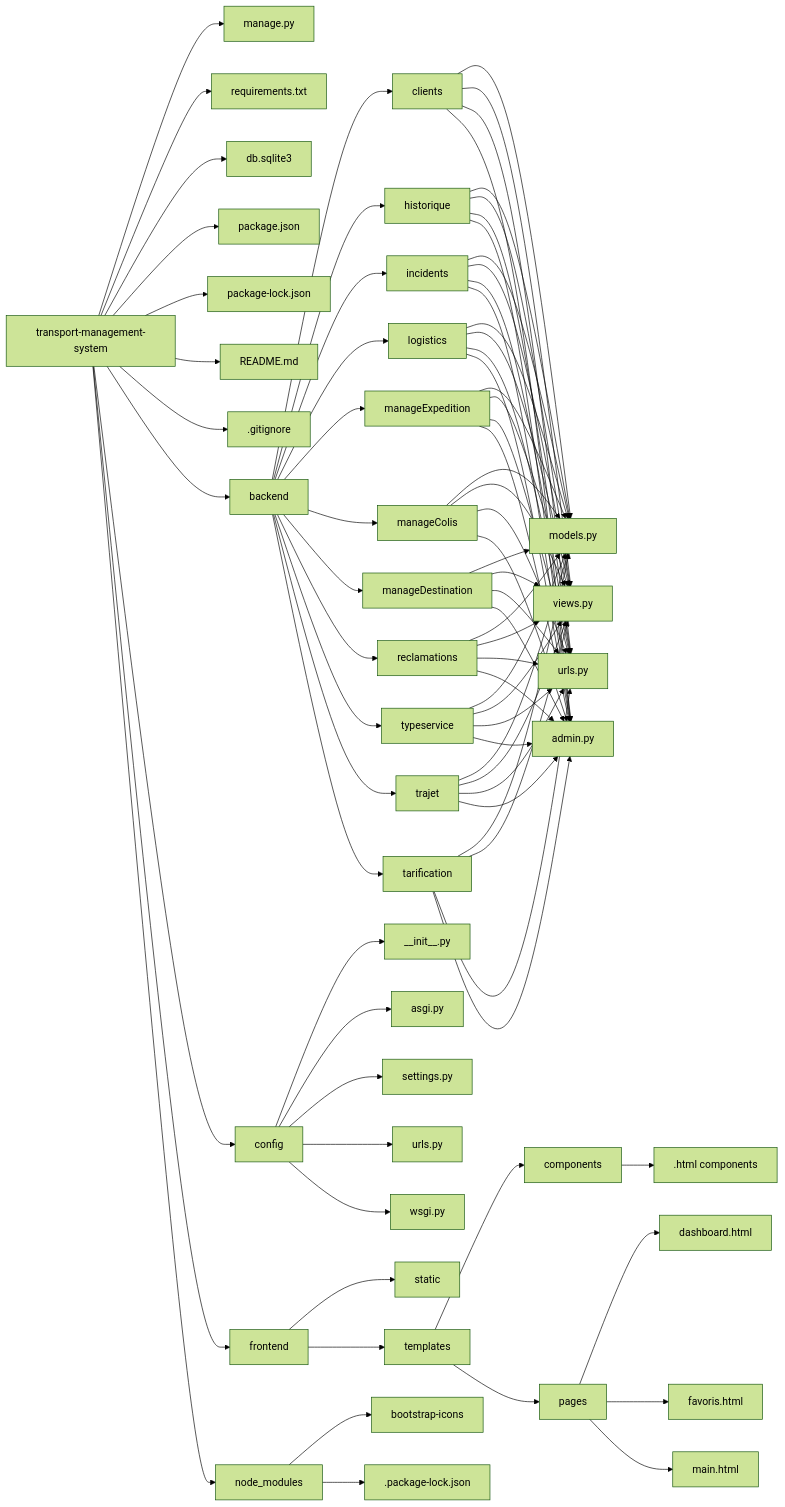
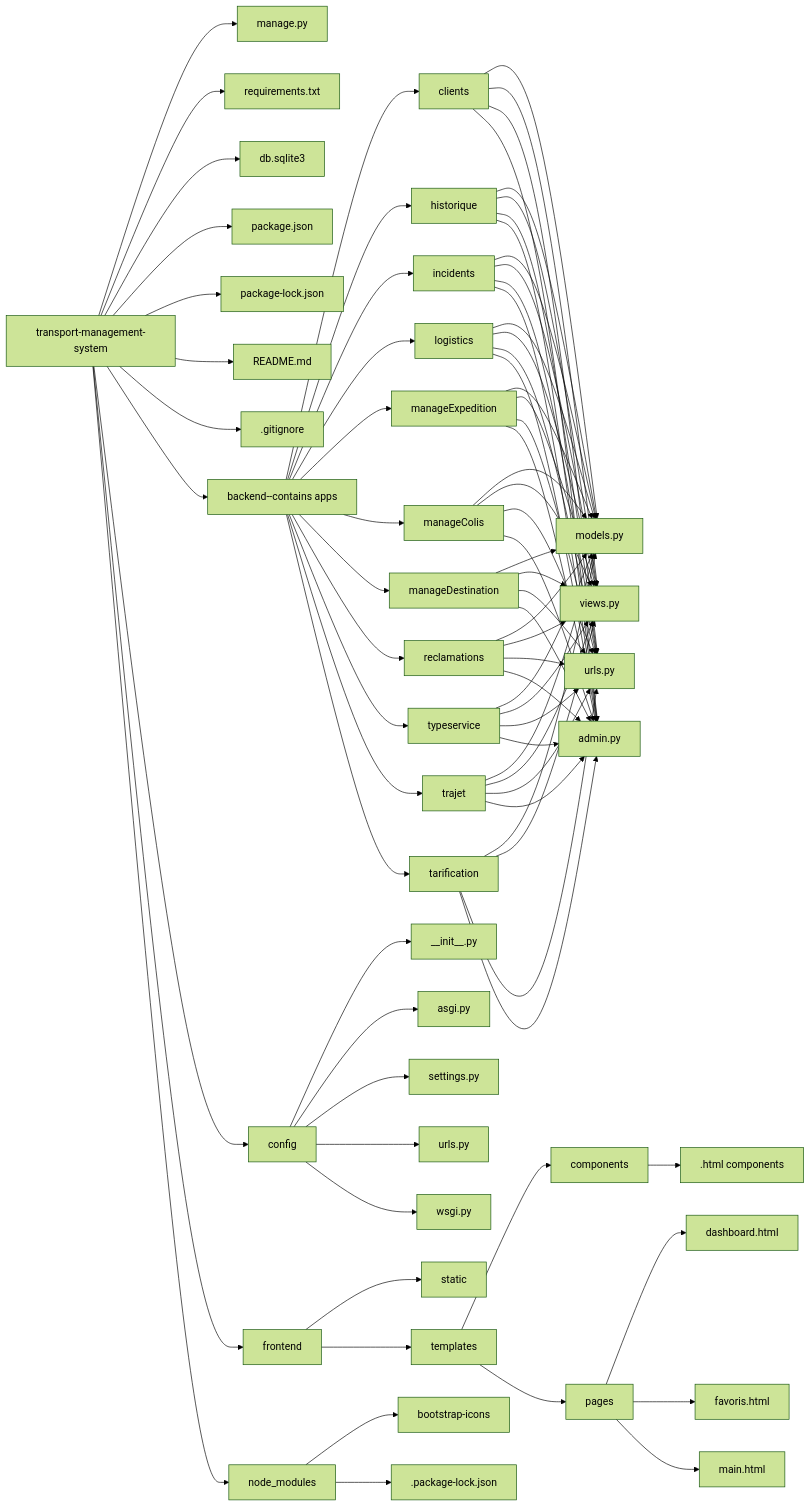
One commit to alaa-bsh/transport-management-system changed the first of 3 diagrams in README.md. Above: the diagram before and after it, drawn with Mermaid (forest theme). The commit also changed other lines of this file, not shown here.

```diff
--- a/README.md
+++ b/README.md
@@ -25,7 +25,7 @@
     A --> F[package-lock.json]
     A --> G[README.md]
     A --> H[.gitignore]
-    A --> I[backend]
+    A --> I[backend--contains apps]
     A --> J[config]
     A --> K[frontend]
     A --> L[node_modules]
```
